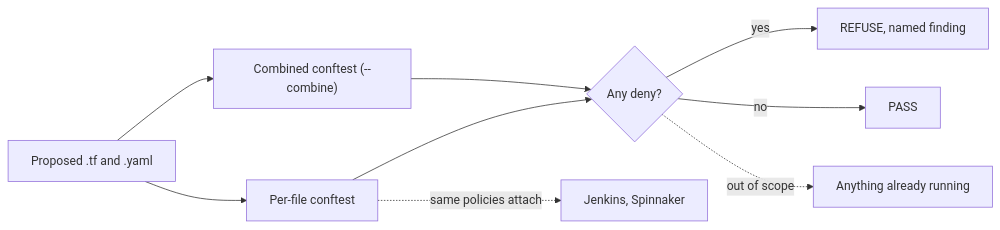
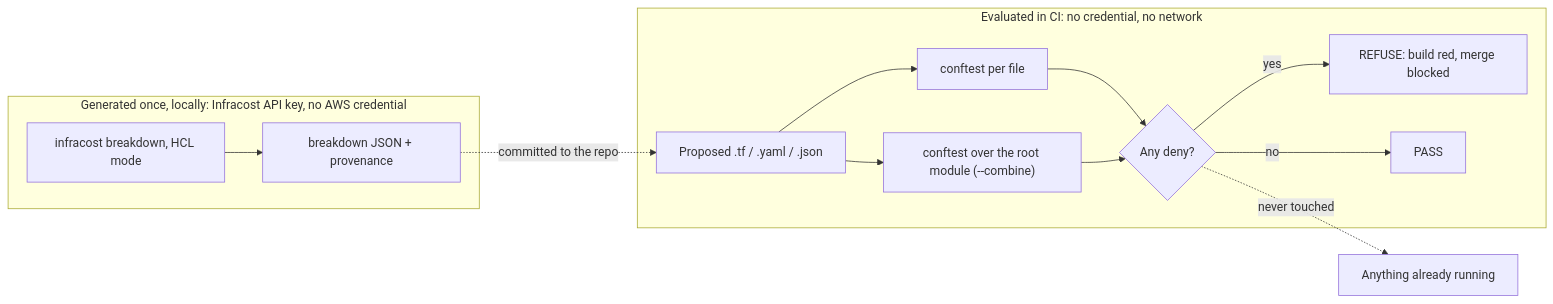
Before and after one commit to hossainpazooki/network-as-code: the fifth of 5 diagrams in README.md, drawn with Mermaid. The commit also changed other lines of this file, not shown here.

Commit message:
docs: README for a skimming reader, Terraform first, diagrams redone

````diff
--- a/README.md
+++ b/README.md
@@ -145,11 +198,16 @@
 ```mermaid
 flowchart LR
-    A["Proposed .tf and .yaml"] --> B["Per-file conftest"]
-    A --> C["Combined conftest (--combine)"]
-    B --> D{"Any deny?"}
-    C --> D
-    D -->|yes| E["REFUSE, named finding"]
-    D -->|no| F["PASS"]
-    B -.->|same policies attach| G["Jenkins, Spinnaker"]
-    D -.->|out of scope| H["Anything already running"]
+    subgraph gen["Generated once, locally: Infracost API key, no AWS credential"]
+        I["infracost breakdown, HCL mode"] --> J["breakdown JSON + provenance"]
+    end
+    subgraph ci["Evaluated in CI: no credential, no network"]
+        A["Proposed .tf / .yaml / .json"] --> B["conftest per file"]
+        A --> C["conftest over the root module (--combine)"]
+        B --> D{"Any deny?"}
+        C --> D
+        D -->|yes| E["REFUSE: build red, merge blocked"]
+        D -->|no| F["PASS"]
+    end
+    J -.->|committed to the repo| A
+    D -.->|never touched| H["Anything already running"]
 ```
````
